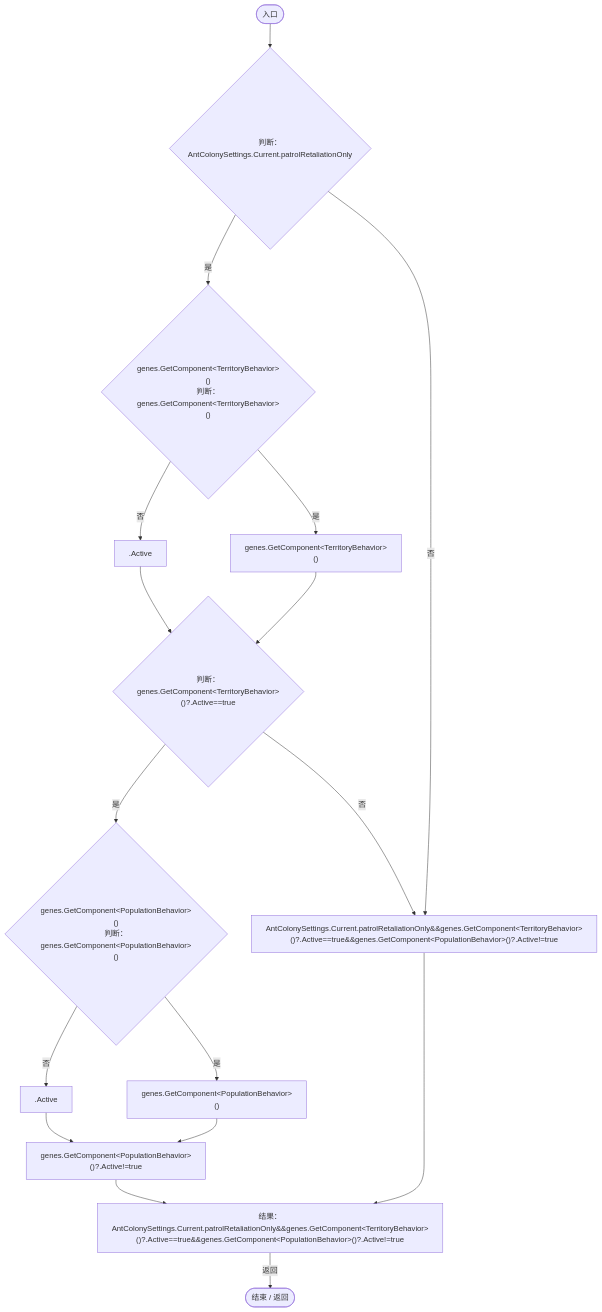
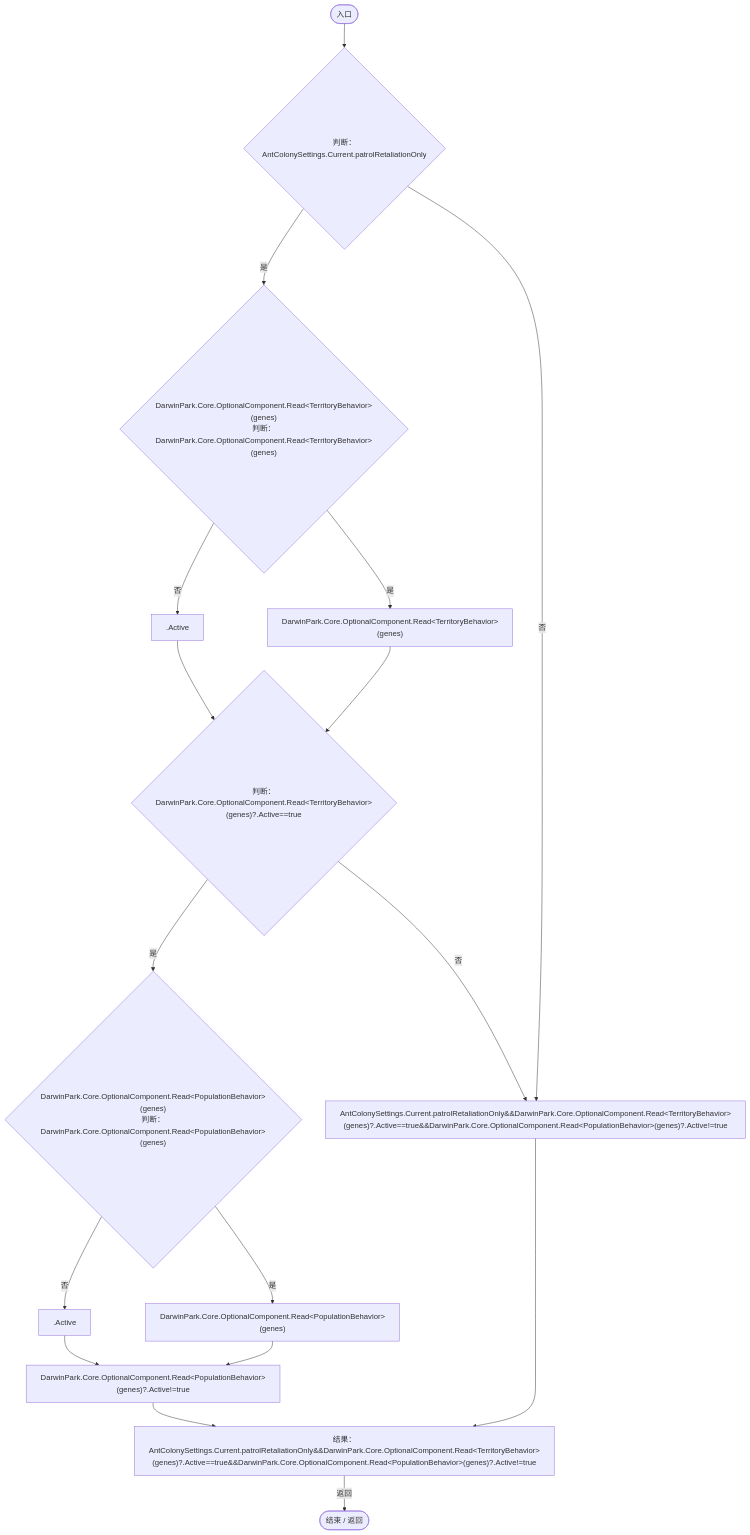
The sixth of 10 diagrams in Docs/运行流程图/脚本/f55940fd5773d413.md (xhs6666/Darwin_paradise), drawn with Mermaid before and after one commit. The commit also changed other lines of this file and 297 other files, not shown here.

````diff
--- a/Docs/运行流程图/脚本/f55940fd5773d413.md
+++ b/Docs/运行流程图/脚本/f55940fd5773d413.md
@@ -152,33 +156,33 @@
 ```mermaid
 flowchart TD
   b0(["入口"])
   b1{"判断：AntColonySettings.Current.patrolRetaliationOnly"}
-  b2{"genes.GetComponent&lt;TerritoryBehavior&gt;()<br/>判断：genes.GetComponent&lt;TerritoryBehavior&gt;()"}
+  b2{"DarwinPark.Core.OptionalComponent.Read&lt;TerritoryBehavior&gt;(genes)<br/>判断：DarwinPark.Core.OptionalComponent.Read&lt;TerritoryBehavior&gt;(genes)"}
   b3[".Active"]
-  b4["genes.GetComponent&lt;TerritoryBehavior&gt;()"]
-  b5{"判断：genes.GetComponent&lt;TerritoryBehavior&gt;()?.Active==true"}
-  b6{"genes.GetComponent&lt;PopulationBehavior&gt;()<br/>判断：genes.GetComponent&lt;PopulationBehavior&gt;()"}
+  b4["DarwinPark.Core.OptionalComponent.Read&lt;TerritoryBehavior&gt;(genes)"]
+  b5{"判断：DarwinPark.Core.OptionalComponent.Read&lt;TerritoryBehavior&gt;(genes)?.Active==true"}
+  b6{"DarwinPark.Core.OptionalComponent.Read&lt;PopulationBehavior&gt;(genes)<br/>判断：DarwinPark.Core.OptionalComponent.Read&lt;PopulationBehavior&gt;(genes)"}
   b7[".Active"]
-  b8["genes.GetComponent&lt;PopulationBehavior&gt;()"]
-  b9["genes.GetComponent&lt;PopulationBehavior&gt;()?.Active!=true"]
-  b10["AntColonySettings.Current.patrolRetaliationOnly&amp;&amp;genes.GetComponent&lt;TerritoryBehavior&gt;()?.Active==true&amp;&amp;genes.GetComponent&lt;PopulationBehavior&gt;()?.Active!=true"]
-  b11["结果：AntColonySettings.Current.patrolRetaliationOnly&amp;&amp;genes.GetComponent&lt;TerritoryBehavior&gt;()?.Active==true&amp;&amp;genes.GetComponent&lt;PopulationBehavior&gt;()?.Active!=true"]
+  b8["DarwinPark.Core.OptionalComponent.Read&lt;PopulationBehavior&gt;(genes)"]
+  b9["DarwinPark.Core.OptionalComponent.Read&lt;PopulationBehavior&gt;(genes)?.Active!=true"]
+  b10["AntColonySettings.Current.patrolRetaliationOnly&amp;&amp;DarwinPark.Core.OptionalComponent.Read&lt;TerritoryBehavior&gt;(genes)?.Active==true&amp;&amp;DarwinPark.Core.OptionalComponent.Read&lt;PopulationBehavior&gt;(genes)?.Active!=true"]
+  b11["结果：AntColonySettings.Current.patrolRetaliationOnly&amp;&amp;DarwinPark.Core.OptionalComponent.Read&lt;TerritoryBehavior&gt;(genes)?.Active==true&amp;&amp;DarwinPark.Core.OptionalComponent.Read&lt;PopulationBehavior&gt;(genes)?.Active!=true"]
   b12(["结束 / 返回"])
   b0 --> b1
   b1 -->|"是"| b2
   b1 -->|"否"| b10
   b2 -->|"否"| b3
   b2 -->|"是"| b4
   b3 --> b5
   b4 --> b5
   b5 -->|"是"| b6
   b5 -->|"否"| b10
   b6 -->|"否"| b7
   b6 -->|"是"| b8
   b7 --> b9
   b8 --> b9
   b9 --> b11
   b10 --> b11
   b11 -->|"返回"| b12
 
 ```
````
